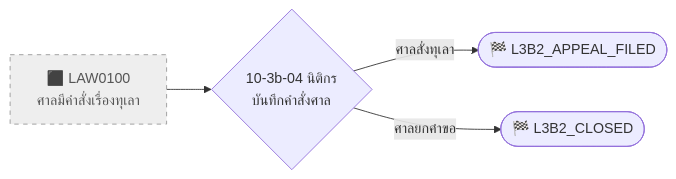
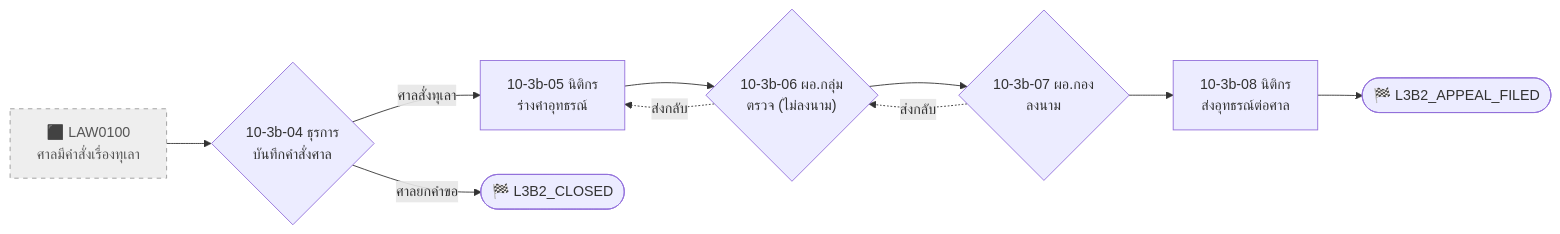
Before and after one commit to varitthon/E-CMIS-A4: the third of 13 diagrams in docs/activity10-flow-10.3.md, drawn with Mermaid. The commit also changed other lines of this file and 67 other files, not shown here.

First line of the commit message:
feat: ปรับ flow 10.2/10.3 — ตัดหน้ามอบหมายซ้ำ + ขยาย flow ทุเลา (10.3b)

````diff
--- a/docs/activity10-flow-10.3.md
+++ b/docs/activity10-flow-10.3.md
@@ -136,7 +164,11 @@
 ```mermaid
 flowchart LR
-  X3["⬛ LAW0100<br/>ศาลมีคำสั่งเรื่องทุเลา"]:::ext --> P{"10-3b-04 นิติกร<br/>บันทึกคำสั่งศาล"}
-  P -- ศาลสั่งทุเลา --> T1(["🏁 L3B2_APPEAL_FILED"])
+  X3["⬛ LAW0100<br/>ศาลมีคำสั่งเรื่องทุเลา"]:::ext --> P{"10-3b-04 ธุรการ<br/>บันทึกคำสั่งศาล"}
+  P -- ศาลสั่งทุเลา --> D5["10-3b-05 นิติกร<br/>ร่างคำอุทธรณ์"] --> D6{"10-3b-06 ผอ.กลุ่ม<br/>ตรวจ (ไม่ลงนาม)"}
+  D6 -. ส่งกลับ .-> D5
+  D6 --> D7{"10-3b-07 ผอ.กอง<br/>ลงนาม"}
+  D7 -. ส่งกลับ .-> D6
+  D7 --> D8["10-3b-08 นิติกร<br/>ส่งอุทธรณ์ต่อศาล"] --> T1(["🏁 L3B2_APPEAL_FILED"])
   P -- ศาลยกคำขอ --> T2(["🏁 L3B2_CLOSED"])
   classDef ext fill:#eeeeee,stroke:#999999,stroke-dasharray:5 5,color:#555555
 ```
````
